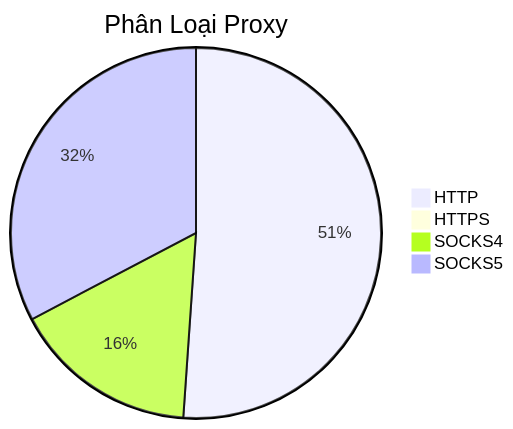
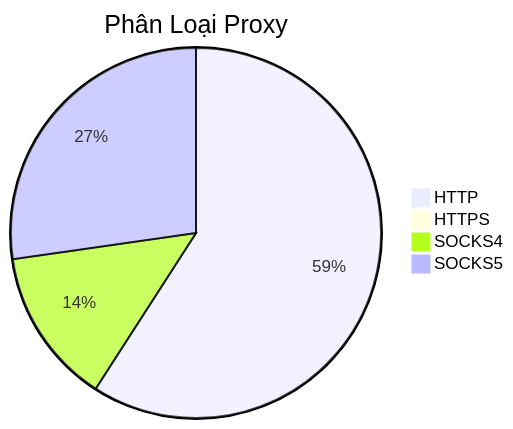
Before and after one commit to Ciara-Aa/PROXY-free: the diagram in README.md, drawn with Mermaid. The commit also changed other lines of this file and 4 other files, not shown here.

````diff
--- a/README.md
+++ b/README.md
@@ -26,7 +26,7 @@
 ```mermaid
 pie title Phân Loại Proxy
-    "HTTP" : 350
-    "HTTPS" : 5
-    "SOCKS4" : 111
-    "SOCKS5" : 224
+    "HTTP" : 477
+    "HTTPS" : 3
+    "SOCKS4" : 110
+    "SOCKS5" : 220
 ```
````
